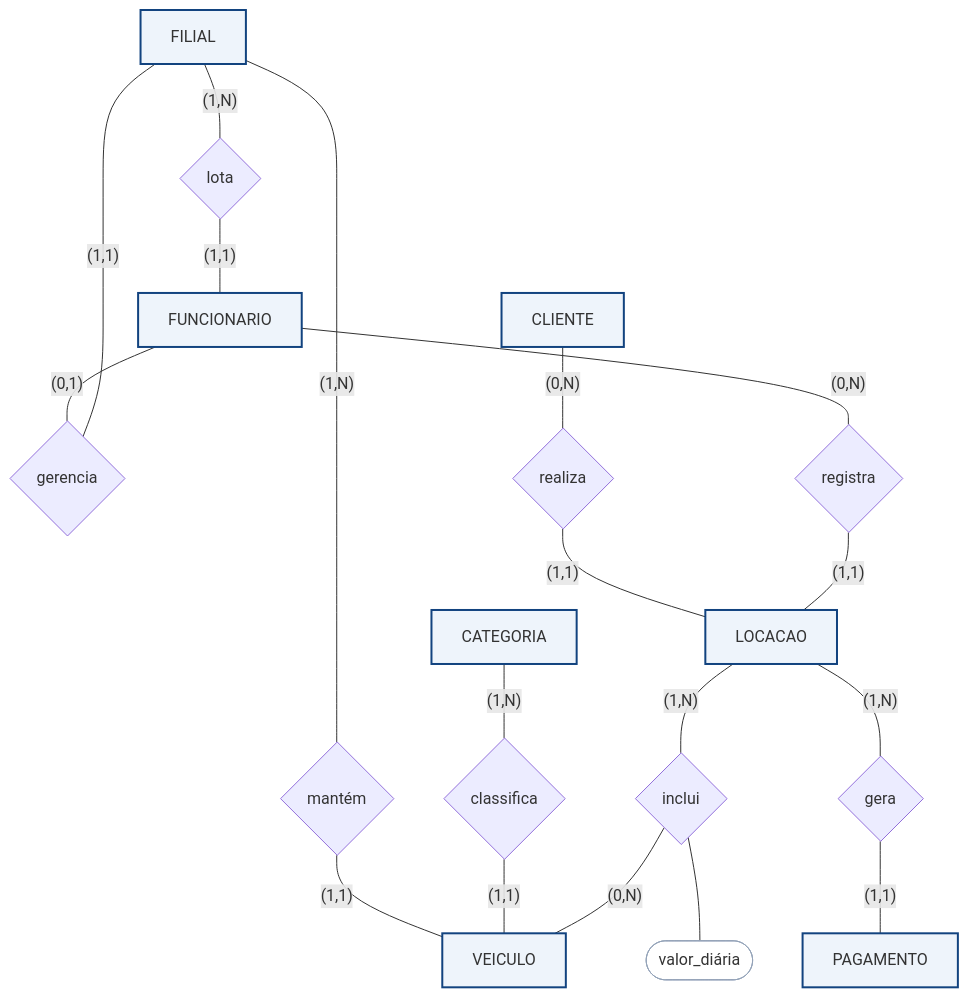
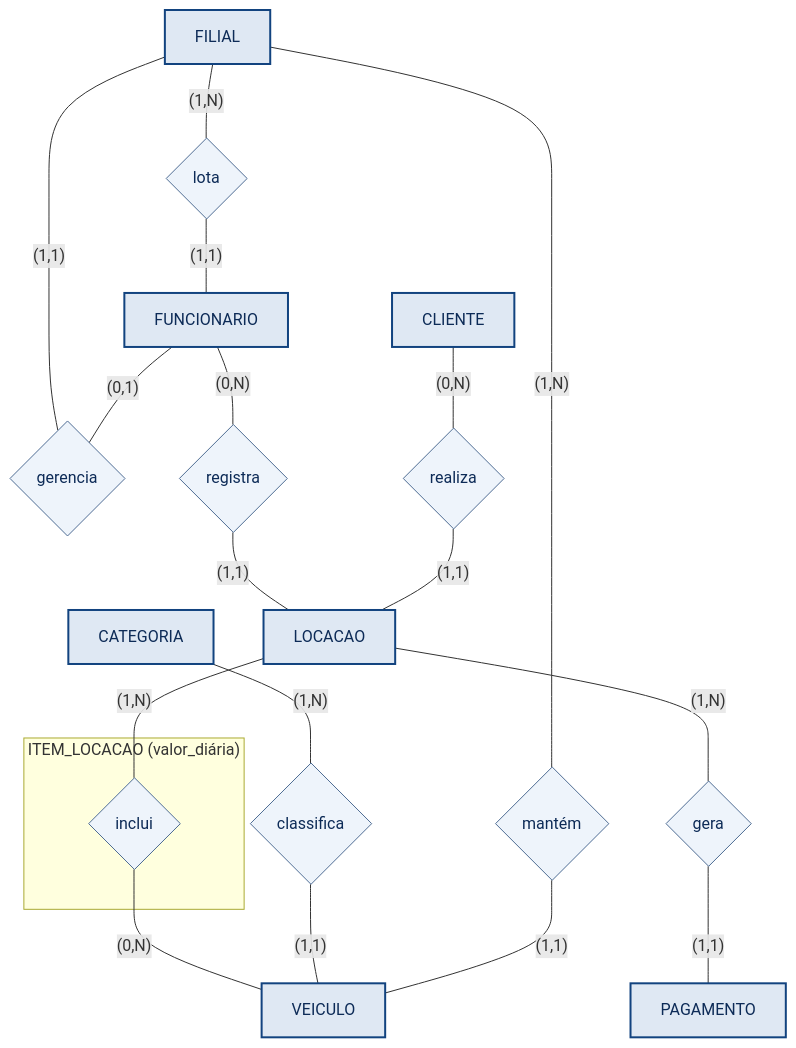
The diagram in unidades/04-modelagem/assets/aval-locadora-er.mmd (howardroatti/banco-de-dados-faesa), drawn with Mermaid before and after one commit. The commit also changed 9 other files, not shown here.

First line of the commit message:
Unidade 4 (exercicios): N:M como entidade associativa (subgraph) no ER

```diff
--- a/unidades/04-modelagem/assets/aval-locadora-er.mmd
+++ b/unidades/04-modelagem/assets/aval-locadora-er.mmd
@@ -1,30 +1,33 @@
 flowchart TB
-    FIL["FILIAL"]:::ent
-    FUN["FUNCIONARIO"]:::ent
-    CLI["CLIENTE"]:::ent
-    CAT["CATEGORIA"]:::ent
-    VEI["VEICULO"]:::ent
-    LOC["LOCACAO"]:::ent
-    PAG["PAGAMENTO"]:::ent
+    FIL["FILIAL"]
+    FUN["FUNCIONARIO"]
+    CLI["CLIENTE"]
+    CAT["CATEGORIA"]
+    VEI["VEICULO"]
+    LOC["LOCACAO"]
+    PAG["PAGAMENTO"]
 
     FIL ---|"(1,N)"| rlota{"lota"}
     rlota ---|"(1,1)"| FUN
     FUN ---|"(0,1)"| rger{"gerencia"}
     rger ---|"(1,1)"| FIL
     FIL ---|"(1,N)"| rman{"mantém"}
     rman ---|"(1,1)"| VEI
     CAT ---|"(1,N)"| rcla{"classifica"}
     rcla ---|"(1,1)"| VEI
     CLI ---|"(0,N)"| rrea{"realiza"}
     rrea ---|"(1,1)"| LOC
     FUN ---|"(0,N)"| rreg{"registra"}
     rreg ---|"(1,1)"| LOC
-    LOC ---|"(1,N)"| rinc{"inclui"}
+    subgraph AEINC["ITEM_LOCACAO (valor_diária)"]
+      rinc{"inclui"}
+    end
+    LOC ---|"(1,N)"| rinc
     rinc ---|"(0,N)"| VEI
-    rinc --- avd(["valor_diária"])
     LOC ---|"(1,N)"| rgera{"gera"}
     rgera ---|"(1,1)"| PAG
 
-    classDef ent fill:#eef4fb,stroke:#12437f,stroke-width:2px;
-    classDef attr fill:#fff,stroke:#94a3b8,stroke-width:1px;
-    class avd attr;
+    classDef ent fill:#dfe8f3,stroke:#12437f,stroke-width:2px,color:#0d2b57;
+    classDef rel fill:#eef4fb,stroke:#4f6d94,color:#0d2b57;
+    class FIL,FUN,CLI,CAT,VEI,LOC,PAG ent;
+    class rlota,rger,rman,rcla,rrea,rreg,rinc,rgera rel;
```
